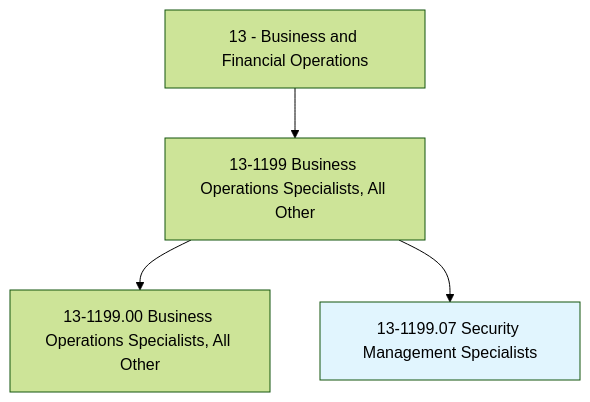
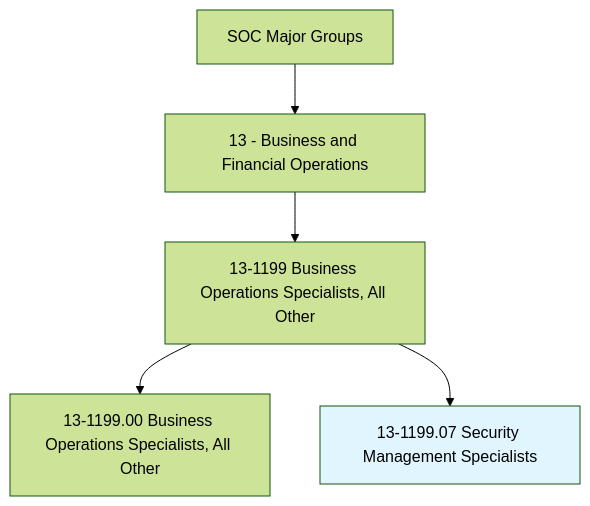
Before and after one commit to kziemski/business.org.ai: the first of 4 diagrams in occupations/Business/SecurityManagementSpecialists.mdx, drawn with Mermaid (forest theme). The commit also changed other lines of this file and 938 other files, not shown here.

````diff
--- a/occupations/Business/SecurityManagementSpecialists.mdx
+++ b/occupations/Business/SecurityManagementSpecialists.mdx
@@ -19,7 +25,8 @@
 ```mermaid
 graph TD
-    Cat13["13 - Business and Financial Operations"] --> Group131199["13-1199 Business Operations Specialists, All Other"]
-    Group131199 --> Base["13-1199.00 Business Operations Specialists, All Other"]
-    Group131199 --> Current["13-1199.07 Security Management Specialists"]
+    SOC["SOC Major Groups"] --> Cat13["13 - Business and Financial Operations"]
+    Cat13 --> G131199["13-1199 Business Operations Specialists, All Other"]
+    G131199 --> Base["13-1199.00 Business Operations Specialists, All Other"]
+    G131199 --> Current["13-1199.07 Security Management Specialists"]
     style Current fill:#e1f5fe
 ```
````
